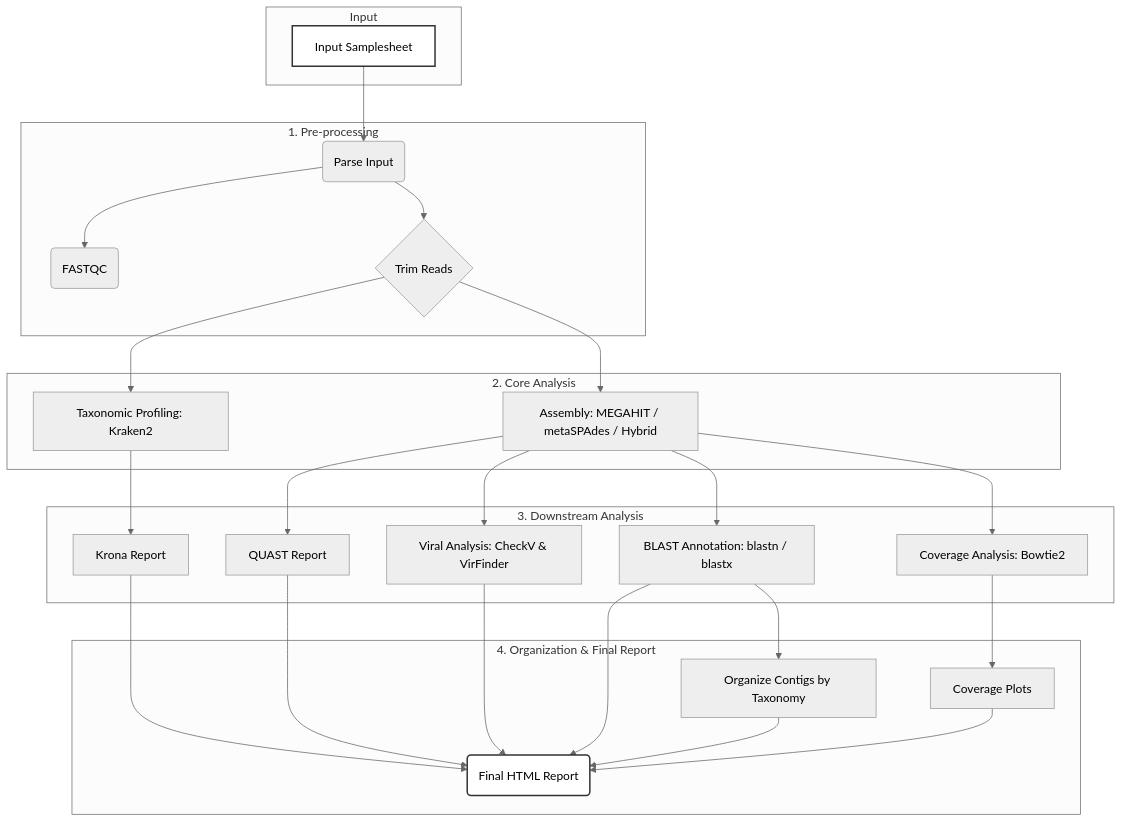
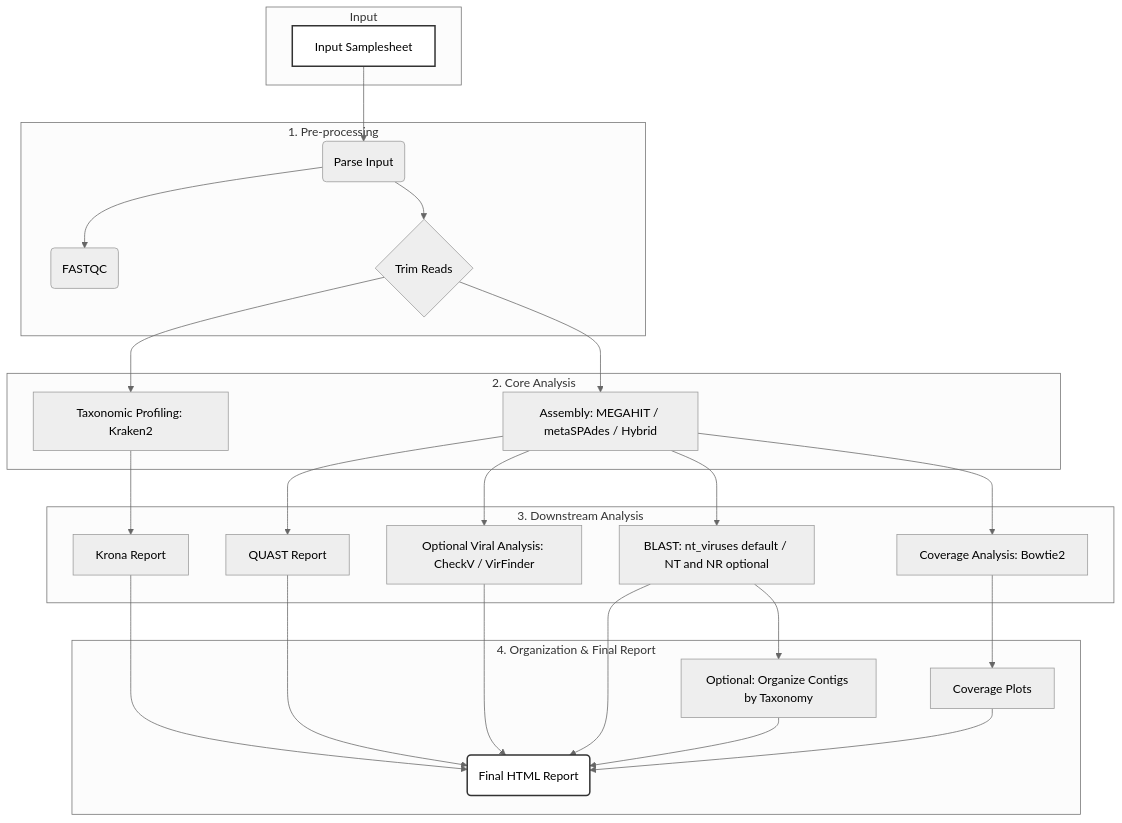
Before and after one commit to navduhan/metanextviro: the diagram in README.md, drawn with Mermaid (neutral theme). The commit also changed other lines of this file and 5 other files, not shown here.

Commit message:
Make costly analysis steps opt-in and default to viral BLAST

````diff
--- a/README.md
+++ b/README.md
@@ -66,34 +66,34 @@
 ```mermaid
 graph TD
     subgraph "Input"
         A[Input Samplesheet]
     end
 
     subgraph "1. Pre-processing"
         A --> B(Parse Input);
         B --> C(FASTQC);
         B --> D{Trim Reads};
     end
 
     subgraph "2. Core Analysis"
         D --> E[Assembly: MEGAHIT / metaSPAdes / Hybrid];
         D --> F[Taxonomic Profiling: Kraken2];
     end
 
     subgraph "3. Downstream Analysis"
         F --> G[Krona Report];
         E --> H[QUAST Report];
-        E --> I[Viral Analysis: CheckV & VirFinder];
-        E --> J[BLAST Annotation: blastn / blastx];
+        E --> I[Optional Viral Analysis: CheckV / VirFinder];
+        E --> J[BLAST: nt_viruses default / NT and NR optional];
         E --> K[Coverage Analysis: Bowtie2];
     end
 
     subgraph "4. Organization & Final Report"
-        J --> L[Organize Contigs by Taxonomy];
+        J --> L[Optional: Organize Contigs by Taxonomy];
         K --> M[Coverage Plots];
         G & H & I & J & L & M --> N(Final HTML Report);
     end
 
     style A fill:#fff,stroke:#333,stroke-width:2px
     style N fill:#fff,stroke:#333,stroke-width:2px
 ```
````
